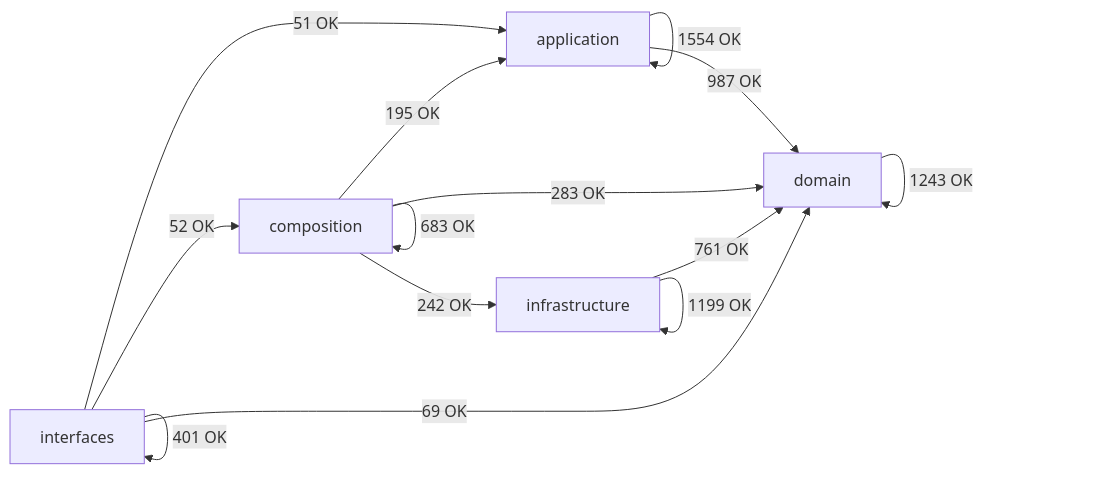
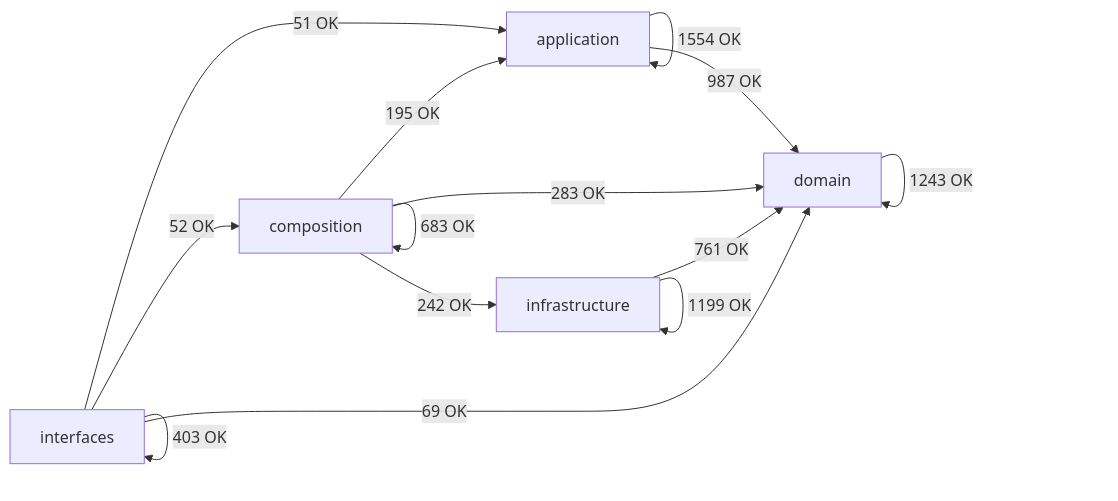
Before and after one commit to SatoryKono/BioactivityDataAcquisition: the diagram in docs/02-architecture/generated/module-dependency-map.md, drawn with Mermaid. The commit also changed other lines of this file and 5 other files, not shown here.

````diff
--- a/docs/02-architecture/generated/module-dependency-map.md
+++ b/docs/02-architecture/generated/module-dependency-map.md
@@ -17,21 +17,21 @@
 ```mermaid
 flowchart LR
     domain[domain]
     application[application]
     infrastructure[infrastructure]
     composition[composition]
     interfaces[interfaces]
     application -->|1554 OK| application
     application -->|987 OK| domain
     composition -->|195 OK| application
     composition -->|683 OK| composition
     composition -->|283 OK| domain
     composition -->|242 OK| infrastructure
     domain -->|1243 OK| domain
     infrastructure -->|761 OK| domain
     infrastructure -->|1199 OK| infrastructure
     interfaces -->|51 OK| application
     interfaces -->|52 OK| composition
     interfaces -->|69 OK| domain
-    interfaces -->|401 OK| interfaces
+    interfaces -->|403 OK| interfaces
 ```
````
